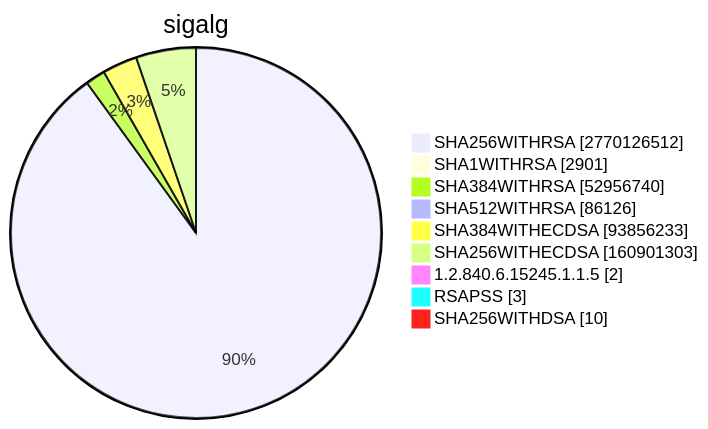
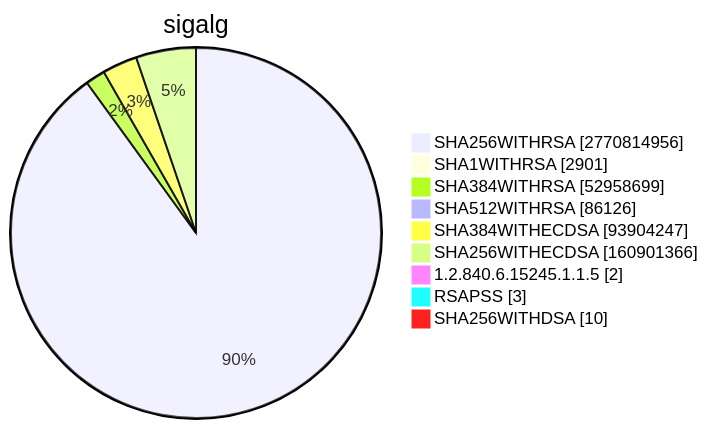
Diagram 15 of 15 in TOTAL/README.md (christiankrug/ctmonitor_visualization), drawn with Mermaid before and after one commit. The commit also changed other lines of this file, not shown here.

````diff
--- a/TOTAL/README.md
+++ b/TOTAL/README.md
@@ -6207,13 +6207,13 @@
 ```mermaid
 pie showData
 title sigalg
-"SHA256WITHRSA" :2770126512
+"SHA256WITHRSA" :2770814956
 "SHA1WITHRSA" :2901
-"SHA384WITHRSA" :52956740
+"SHA384WITHRSA" :52958699
 "SHA512WITHRSA" :86126
-"SHA384WITHECDSA" :93856233
-"SHA256WITHECDSA" :160901303
+"SHA384WITHECDSA" :93904247
+"SHA256WITHECDSA" :160901366
 "1.2.840.6.15245.1.1.5" :2
 "RSAPSS" :3
 "SHA256WITHDSA" :10
 ```
````
